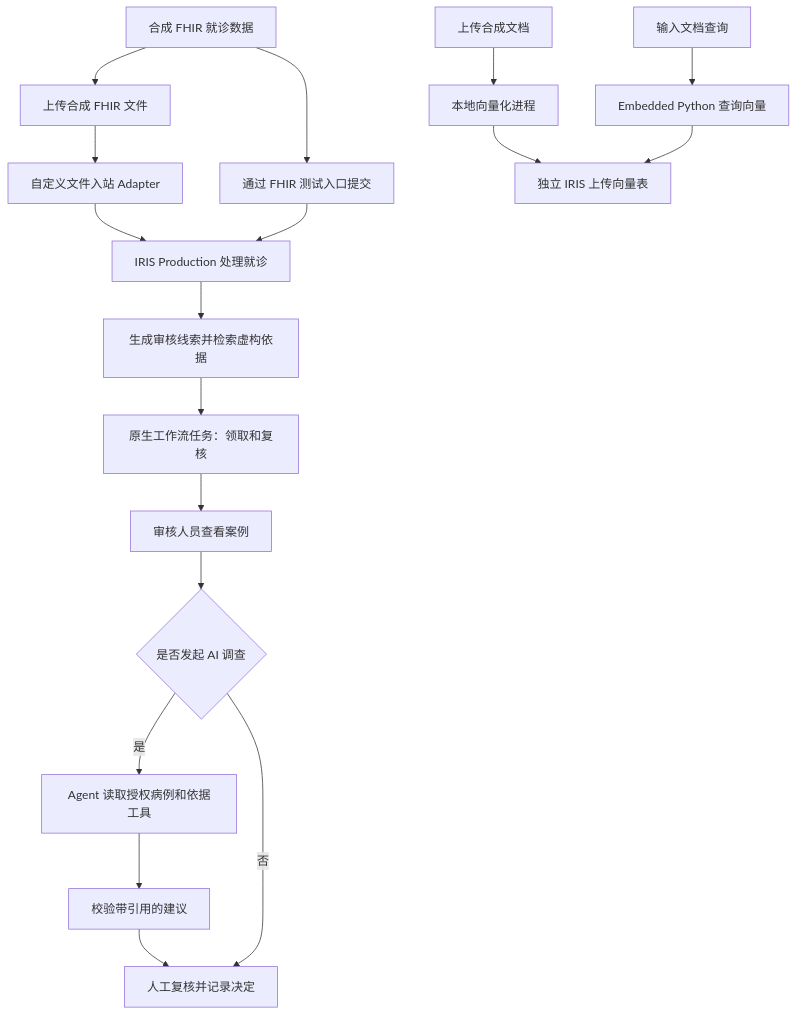
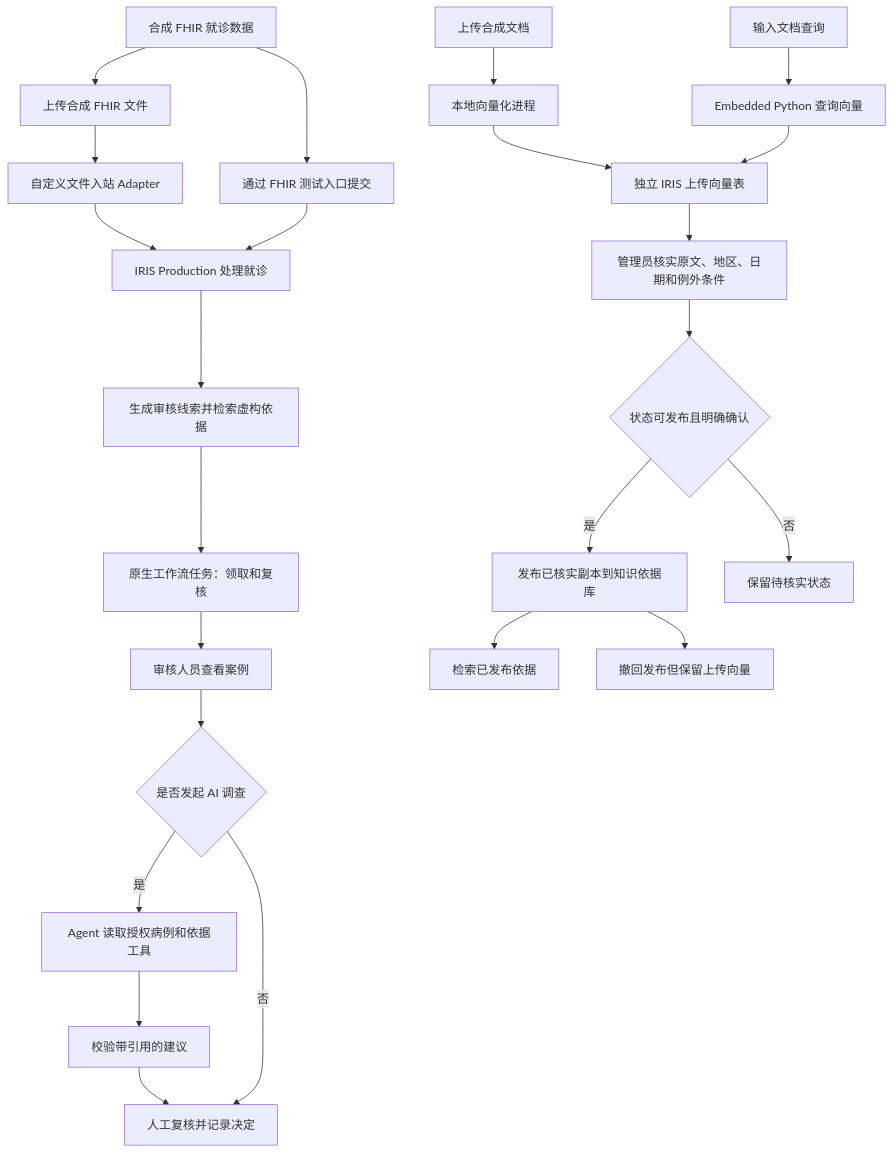
One commit to boanerges1227/MedicalInsuranceAudit changed the first of 2 diagrams in README.zh-CN.md. Above: the diagram before and after it, drawn with Mermaid. The commit also changed other lines of this file and 17 other files, not shown here.

````diff
--- a/README.zh-CN.md
+++ b/README.zh-CN.md
@@ -49,20 +50,26 @@
 ```mermaid
 flowchart TD
     A[合成 FHIR 就诊数据] --> B[通过 FHIR 测试入口提交]
     A --> BF[上传合成 FHIR 文件]
     BF --> AD[自定义文件入站 Adapter]
     AD --> C[IRIS Production 处理就诊]
     B --> C
     C --> D[生成审核线索并检索虚构依据]
     D --> T[原生工作流任务：领取和复核]
     T --> E[审核人员查看案例]
     E --> F{是否发起 AI 调查}
     F -- 是 --> G[Agent 读取授权病例和依据工具]
     G --> H[校验带引用的建议]
     H --> I[人工复核并记录决定]
     F -- 否 --> I
     J[上传合成文档] --> K[本地向量化进程]
     K --> L[独立 IRIS 上传向量表]
     Q[输入文档查询] --> P[Embedded Python 查询向量]
     P --> L
+    L --> M[管理员核实原文、地区、日期和例外条件]
+    M --> N{状态可发布且明确确认}
+    N -- 是 --> O[发布已核实副本到知识依据库]
+    N -- 否 --> R[保留待核实状态]
+    O --> S[检索已发布依据]
+    O --> W[撤回发布但保留上传向量]
 ```
````
